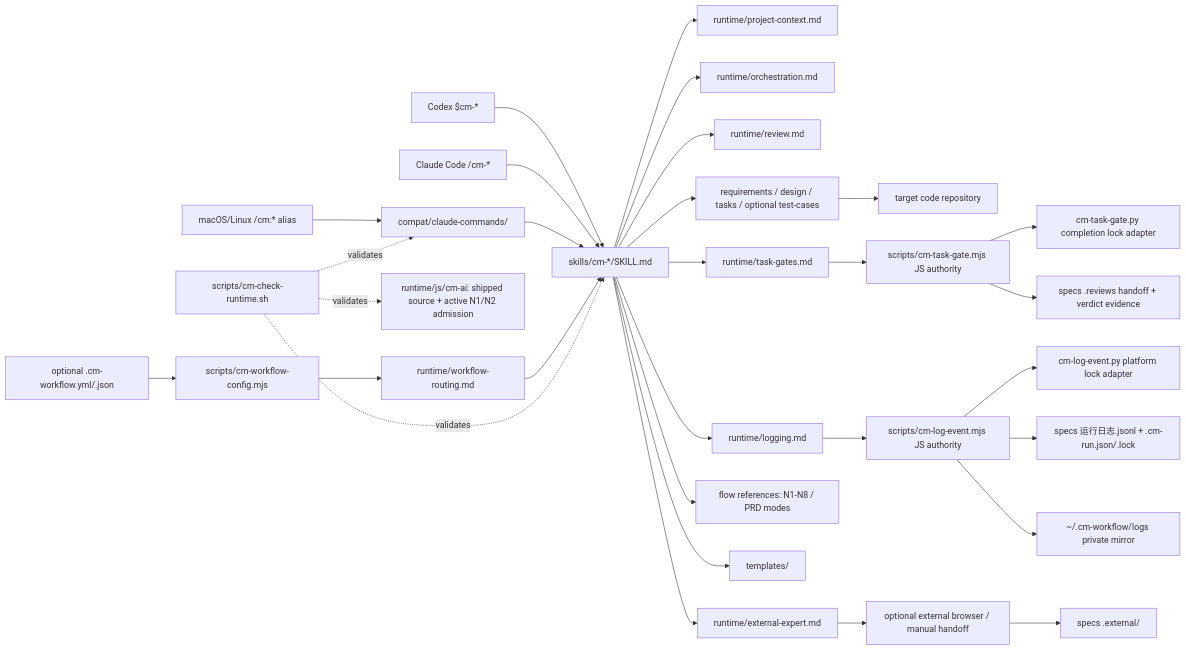
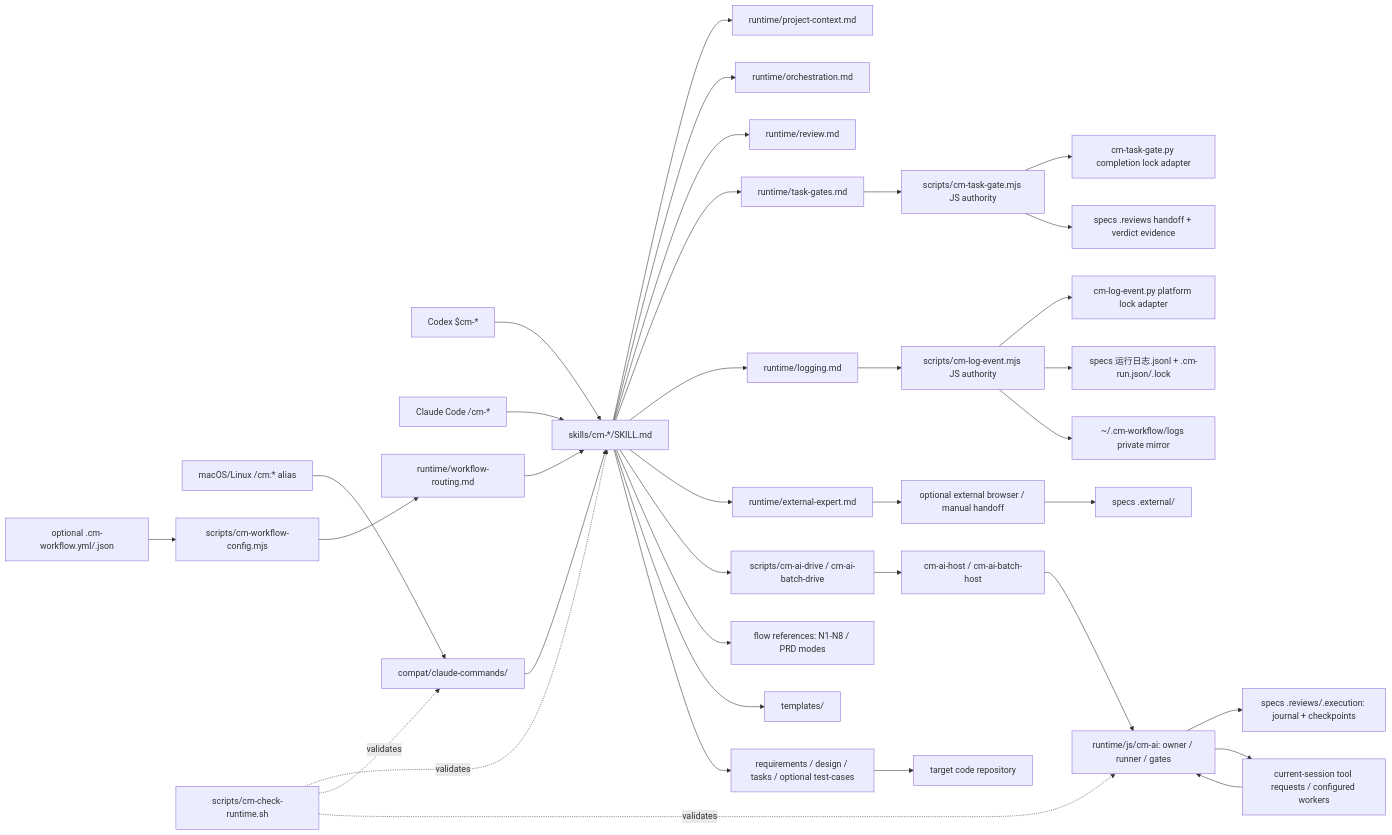
The diagram in docs/architecture.md (kingxiaozhe/cm-workflow), drawn with Mermaid before and after one commit. The commit also changed other lines of this file and 19 other files, not shown here.

````diff
--- a/docs/architecture.md
+++ b/docs/architecture.md
@@ -5,33 +5,38 @@
 ```mermaid
 flowchart LR
     Codex["Codex $cm-*"] --> Skills["skills/cm-*/SKILL.md"]
     Claude["Claude Code /cm-*"] --> Skills
     Legacy["macOS/Linux /cm:* alias"] --> Wrappers["compat/claude-commands/"]
     Wrappers --> Skills
     Skills --> Context["runtime/project-context.md"]
     Skills --> Orchestration["runtime/orchestration.md"]
     Skills --> Review["runtime/review.md"]
     Skills --> TaskGates["runtime/task-gates.md"]
     Skills --> Logging["runtime/logging.md"]
     Skills --> External["runtime/external-expert.md"]
-    RuntimeJS["runtime/js/cm-ai: shipped source + active N1/N2 admission"]
+    Skills --> Driver["scripts/cm-ai-drive / cm-ai-batch-drive"]
+    Driver --> Host["cm-ai-host / cm-ai-batch-host"]
+    Host --> RuntimeJS["runtime/js/cm-ai: owner / runner / gates"]
+    RuntimeJS --> Durable["specs .reviews/.execution: journal + checkpoints"]
+    RuntimeJS --> ToolRequest["current-session tool requests / configured workers"]
+    ToolRequest --> RuntimeJS
     Skills --> References["flow references: N1-N8 / PRD modes"]
     Skills --> Templates["templates/"]
     Skills --> Specs["requirements / design / tasks / optional test-cases"]
     Specs --> Target["target code repository"]
     External --> Provider["optional external browser / manual handoff"]
     Provider --> ExternalEvidence["specs .external/"]
     Logging --> Writer["scripts/cm-log-event.mjs JS authority"]
     Writer --> LockAdapter["cm-log-event.py platform lock adapter"]
     Writer --> ProjectLog["specs 运行日志.jsonl + .cm-run.json/.lock"]
     Writer --> GlobalLog["~/.cm-workflow/logs private mirror"]
     Config["optional .cm-workflow.yml/.json"] --> ConfigCheck["scripts/cm-workflow-config.mjs"]
     ConfigCheck --> Routing["runtime/workflow-routing.md"]
     Routing --> Skills
     TaskGates --> GateCheck["scripts/cm-task-gate.mjs JS authority"]
     GateCheck --> GateLock["cm-task-gate.py completion lock adapter"]
     GateCheck --> Reviews["specs .reviews handoff + verdict evidence"]
     Check["scripts/cm-check-runtime.sh"] -. validates .-> Skills
     Check -. validates .-> Wrappers
     Check -. validates .-> RuntimeJS
 ```
````
